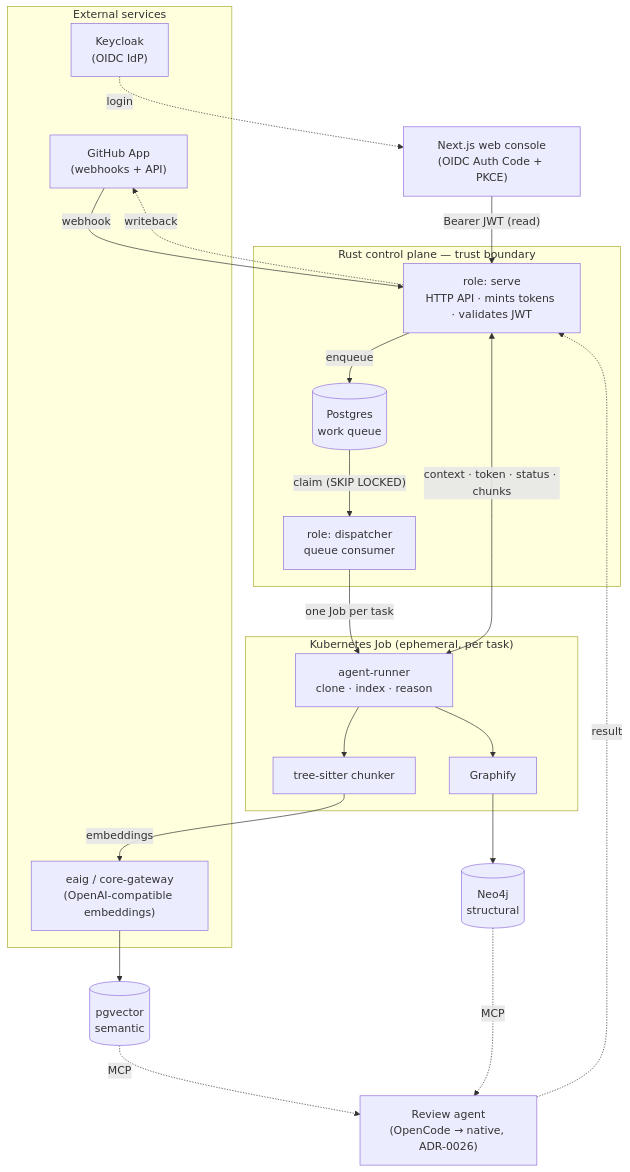
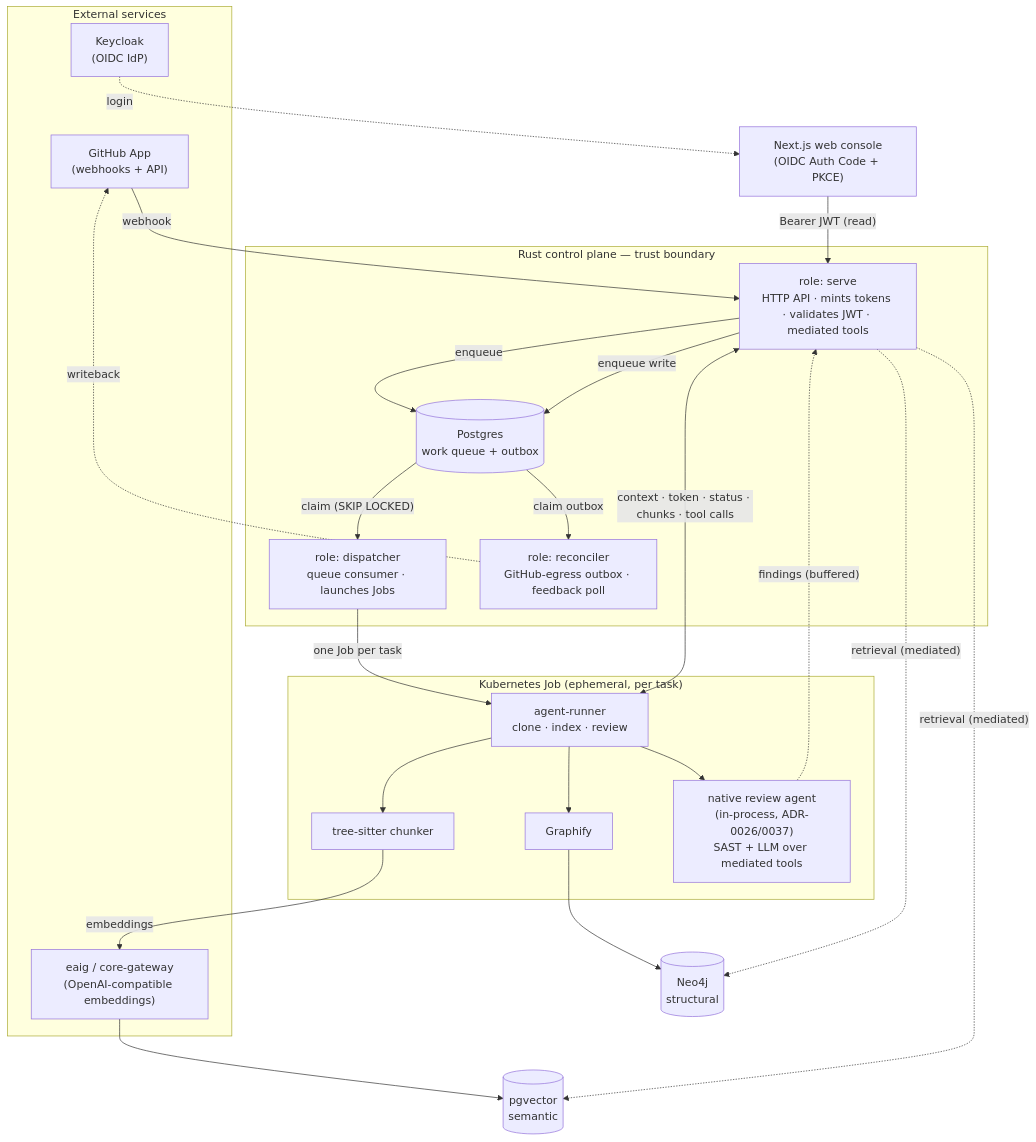
Before and after one commit to vymalo/lightbridge-code-intelligence: the first of 4 diagrams in README.md, drawn with Mermaid. The commit also changed other lines of this file, not shown here.

First line of the commit message:
docs(readme): bring the README current (native agent, 3 roles + reconciler egress, two-tier, SAST) (#239)

````diff
--- a/README.md
+++ b/README.md
@@ -27,43 +37,47 @@
 ```mermaid
 flowchart TD
     subgraph external["External services"]
         GH["GitHub App<br/>(webhooks + API)"]
         KC["Keycloak<br/>(OIDC IdP)"]
         EAIG["eaig / core-gateway<br/>(OpenAI-compatible embeddings)"]
     end
 
     WEB["Next.js web console<br/>(OIDC Auth Code + PKCE)"]
 
     subgraph cp["Rust control plane — trust boundary"]
-        SERVE["role: serve<br/>HTTP API · mints tokens · validates JWT"]
-        DISP["role: dispatcher<br/>queue consumer"]
-        Q[("Postgres<br/>work queue")]
+        SERVE["role: serve<br/>HTTP API · mints tokens · validates JWT · mediated tools"]
+        DISP["role: dispatcher<br/>queue consumer · launches Jobs"]
+        RECON["role: reconciler<br/>GitHub-egress outbox · feedback poll"]
+        Q[("Postgres<br/>work queue + outbox")]
     end
 
     subgraph job["Kubernetes Job (ephemeral, per task)"]
-        RUNNER["agent-runner<br/>clone · index · reason"]
+        RUNNER["agent-runner<br/>clone · index · review"]
         TS["tree-sitter chunker"]
         GFY["Graphify"]
+        AGENT["native review agent<br/>(in-process, ADR-0026/0037)<br/>SAST + LLM over mediated tools"]
     end
 
     VEC[("pgvector<br/>semantic")]
     NEO[("Neo4j<br/>structural")]
-    AGENT["Review agent<br/>(OpenCode → native, ADR-0026)"]
 
     KC -. login .-> WEB
     WEB -->|"Bearer JWT (read)"| SERVE
     GH -->|webhook| SERVE
     SERVE -->|enqueue| Q
     Q -->|"claim (SKIP LOCKED)"| DISP
     DISP -->|"one Job per task"| RUNNER
-    SERVE <-->|"context · token · status · chunks"| RUNNER
+    SERVE <-->|"context · token · status · chunks · tool calls"| RUNNER
     RUNNER --> TS
     RUNNER --> GFY
+    RUNNER --> AGENT
     TS -->|embeddings| EAIG
     EAIG --> VEC
     GFY --> NEO
-    VEC -. MCP .-> AGENT
-    NEO -. MCP .-> AGENT
-    AGENT -. result .-> SERVE
-    SERVE -. writeback .-> GH
+    SERVE -. "retrieval (mediated)" .-> VEC
+    SERVE -. "retrieval (mediated)" .-> NEO
+    AGENT -. "findings (buffered)" .-> SERVE
+    SERVE -->|"enqueue write"| Q
+    Q -->|"claim outbox"| RECON
+    RECON -. writeback .-> GH
 ```
````
